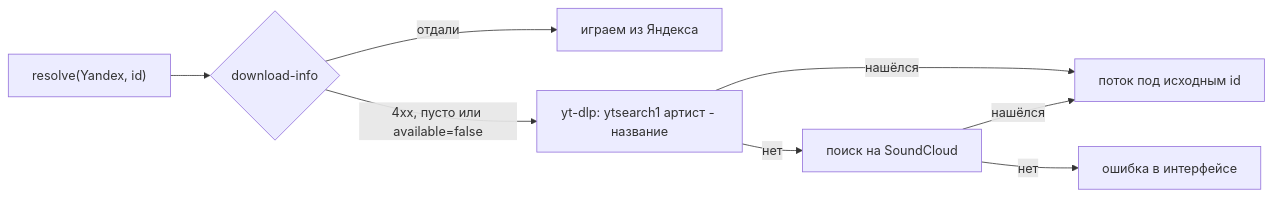
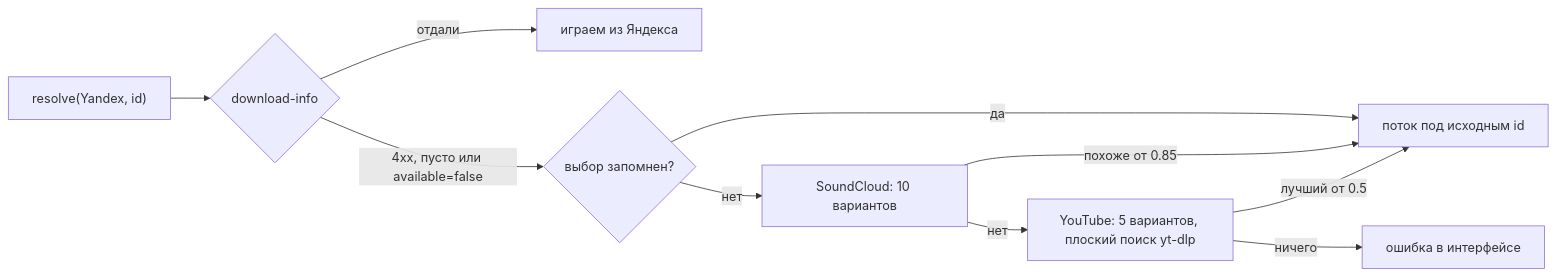
The fourth of 4 diagrams in docs/architecture.md (don-qu1xote/morph), drawn with Mermaid before and after one commit. The commit also changed other lines of this file and 25 other files, not shown here.

Commit message:
[MORPH-FB-05] Фолбэк выбирает версию по названию и длительности, сначала SoundCloud

````diff
--- a/docs/architecture.md
+++ b/docs/architecture.md
@@ -84,10 +84,12 @@
 ```mermaid
 flowchart LR
     R["resolve(Yandex, id)"] --> D{download-info}
     D -->|отдали| P[играем из Яндекса]
-    D -->|4xx, пусто или available=false| YT["yt-dlp: ytsearch1 артист - название"]
-    YT -->|нашёлся| P2["поток под исходным id"]
-    YT -->|нет| SC[поиск на SoundCloud]
-    SC -->|нашёлся| P2
-    SC -->|нет| E[ошибка в интерфейсе]
+    D -->|4xx, пусто или available=false| M{выбор запомнен?}
+    M -->|да| P2["поток под исходным id"]
+    M -->|нет| SC["SoundCloud: 10 вариантов"]
+    SC -->|"похоже от 0.85"| P2
+    SC -->|нет| YT["YouTube: 5 вариантов, плоский поиск yt-dlp"]
+    YT -->|"лучший от 0.5"| P2
+    YT -->|ничего| E[ошибка в интерфейсе]
 ```
````
